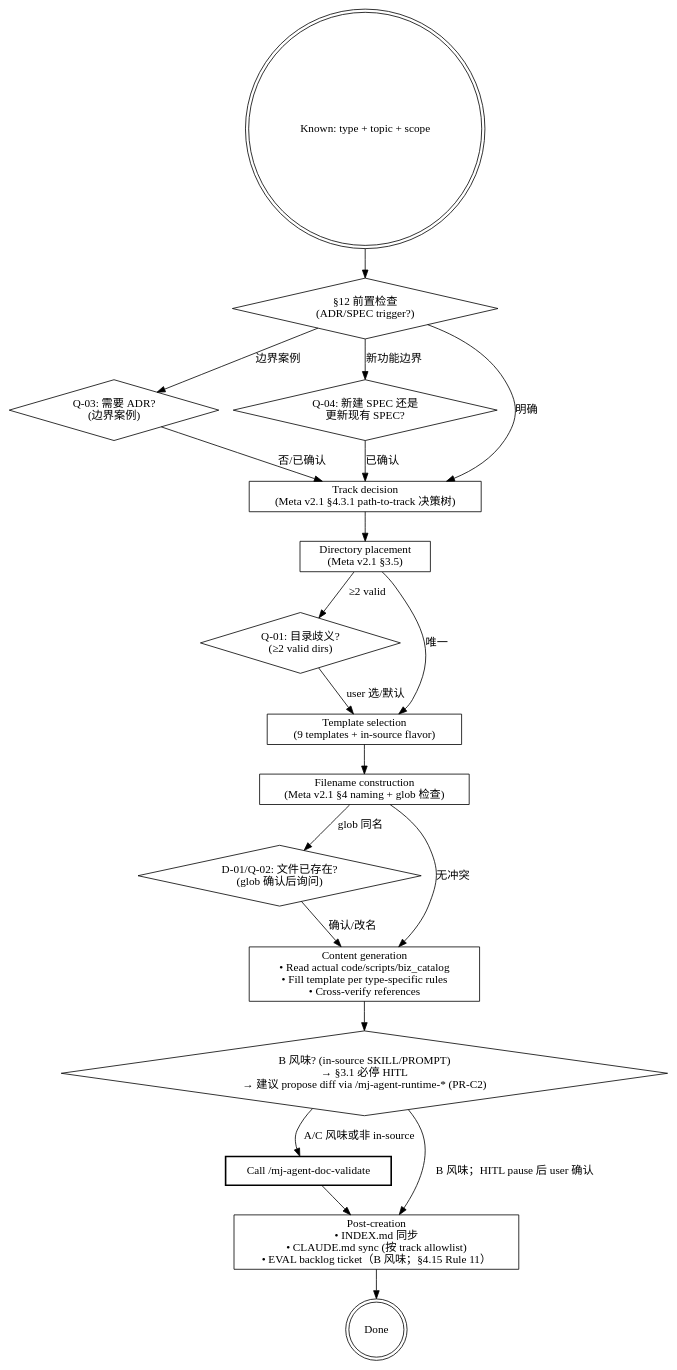
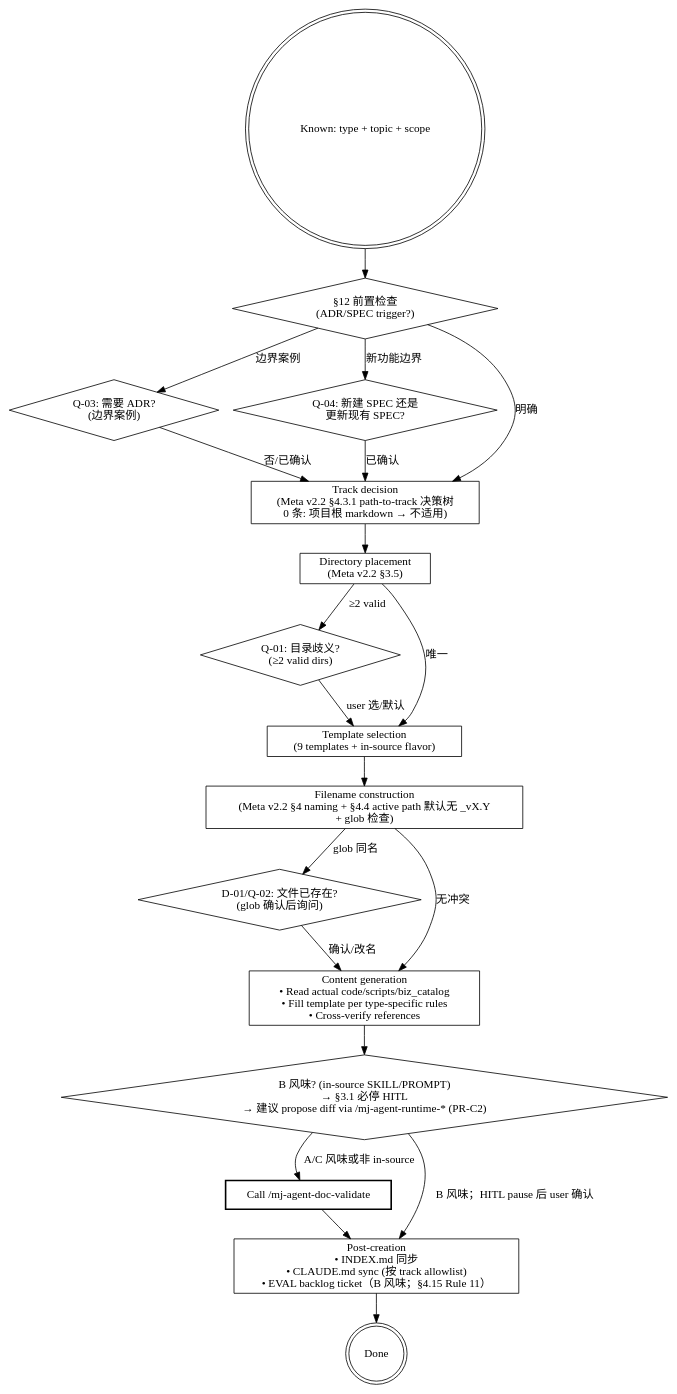
One commit to MJ-AgentLab/mj-agent changed the diagram in .claude/skills/mj-agent-doc-author/SKILL.md. Above: the diagram before and after it, drawn with Graphviz. The commit also changed other lines of this file and 4 other files, not shown here.

````diff
--- a/.claude/skills/mj-agent-doc-author/SKILL.md
+++ b/.claude/skills/mj-agent-doc-author/SKILL.md
@@ -31,53 +33,53 @@
 ```dot
 digraph author {
   rankdir=TB;
   start [label="Known: type + topic + scope" shape=doublecircle];
 
   precheck [label="§12 前置检查\n(ADR/SPEC trigger?)" shape=diamond];
 
   q03 [label="Q-03: 需要 ADR?\n(边界案例)" shape=diamond];
   q04 [label="Q-04: 新建 SPEC 还是\n更新现有 SPEC?" shape=diamond];
 
-  track [label="Track decision\n(Meta v2.1 §4.3.1 path-to-track 决策树)" shape=box];
+  track [label="Track decision\n(Meta v2.2 §4.3.1 path-to-track 决策树\n0 条: 项目根 markdown → 不适用)" shape=box];
 
-  dir [label="Directory placement\n(Meta v2.1 §3.5)" shape=box];
+  dir [label="Directory placement\n(Meta v2.2 §3.5)" shape=box];
 
   q01 [label="Q-01: 目录歧义?\n(≥2 valid dirs)" shape=diamond];
 
   template [label="Template selection\n(9 templates + in-source flavor)" shape=box];
 
-  filename [label="Filename construction\n(Meta v2.1 §4 naming + glob 检查)" shape=box];
+  filename [label="Filename construction\n(Meta v2.2 §4 naming + §4.4 active path 默认无 _vX.Y\n+ glob 检查)" shape=box];
 
   d01q02 [label="D-01/Q-02: 文件已存在?\n(glob 确认后询问)" shape=diamond];
 
   content [label="Content generation\n• Read actual code/scripts/biz_catalog\n• Fill template per type-specific rules\n• Cross-verify references" shape=box];
 
   hitl_b [label="B 风味? (in-source SKILL/PROMPT)\n→ §3.1 必停 HITL\n→ 建议 propose diff via /mj-agent-runtime-* (PR-C2)" shape=diamond];
 
   validate [label="Call /mj-agent-doc-validate" shape=box style=bold];
 
   post [label="Post-creation\n• INDEX.md 同步\n• CLAUDE.md sync (按 track allowlist)\n• EVAL backlog ticket（B 风味；§4.15 Rule 11）" shape=box];
 
   done [label="Done" shape=doublecircle];
 
   start -> precheck;
   precheck -> q03 [label="边界案例"];
   precheck -> q04 [label="新功能边界"];
   precheck -> track [label="明确"];
   q03 -> track [label="否/已确认"];
   q04 -> track [label="已确认"];
   track -> dir;
   dir -> q01 [label="≥2 valid"];
   dir -> template [label="唯一"];
   q01 -> template [label="user 选/默认"];
   template -> filename;
   filename -> d01q02 [label="glob 同名"];
   filename -> content [label="无冲突"];
   d01q02 -> content [label="确认/改名"];
   content -> hitl_b;
   hitl_b -> validate [label="A/C 风味或非 in-source"];
   hitl_b -> post [label="B 风味；HITL pause 后 user 确认"];
   validate -> post;
   post -> done;
 }
 ```
````
